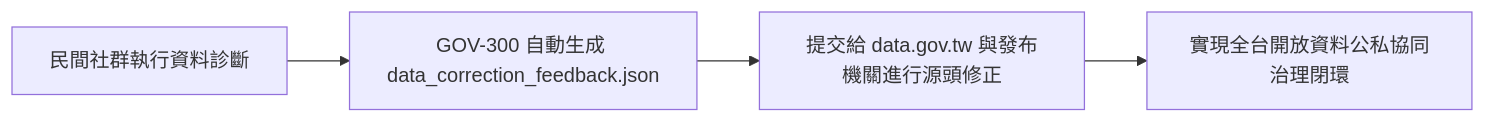
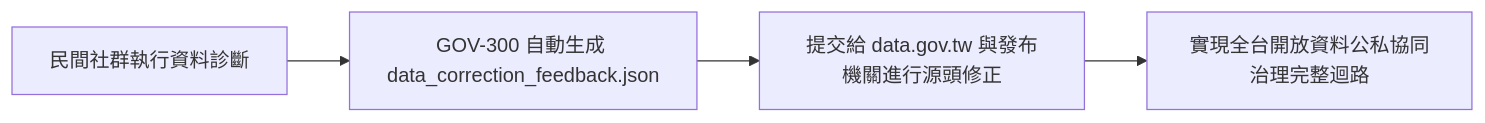
The seventh of 7 diagrams in book/05_stakeholder_playbooks.md (wuulong/tw-gov-db), drawn with Mermaid before and after one commit. The commit also changed other lines of this file and 37 other files, not shown here.

````diff
--- a/book/05_stakeholder_playbooks.md
+++ b/book/05_stakeholder_playbooks.md
@@ -213,6 +213,6 @@
 ```mermaid
 flowchart LR
     A[民間社群執行資料診斷] --> B[GOV-300 自動生成 data_correction_feedback.json]
     B --> C[提交給 data.gov.tw 與發布機關進行源頭修正]
-    C --> D[實現全台開放資料公私協同治理閉環]
+    C --> D[實現全台開放資料公私協同治理完整迴路]
 ```
````
